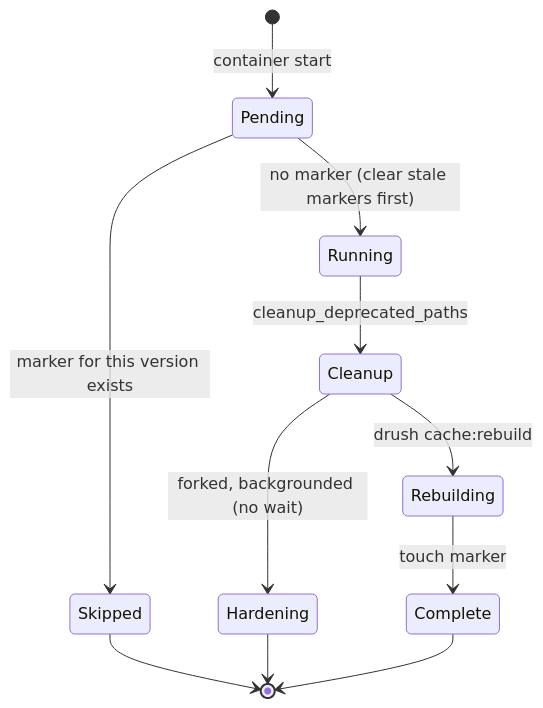
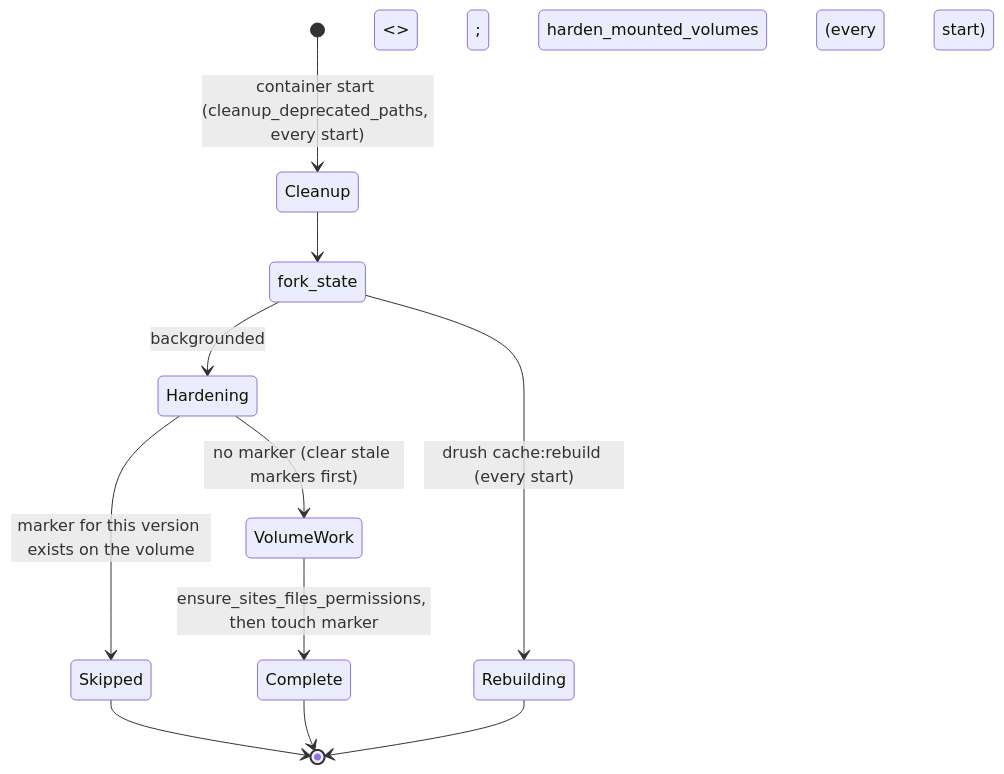
One commit to scbd/drupal-docker-wrapper changed the ninth of 9 diagrams in docs/architectural-plan.md. Above: the diagram before and after it, drawn with Mermaid. The commit also changed other lines of this file and 9 other files, not shown here.

````diff
--- a/docs/architectural-plan.md
+++ b/docs/architectural-plan.md
@@ -429,13 +430,13 @@
 ```mermaid
 stateDiagram-v2
-  [*] --> Pending: container start
-  Pending --> Skipped: marker for this version exists
-  Pending --> Running: no marker (clear stale markers first)
-  Running --> Cleanup: cleanup_deprecated_paths
-  Cleanup --> Hardening: forked, backgrounded (no wait)
-  Cleanup --> Rebuilding: drush cache:rebuild
-  Rebuilding --> Complete: touch marker
-  Hardening --> [*]
+  [*] --> Cleanup: container start (cleanup_deprecated_paths, every start)
+  Cleanup --> fork_state <<fork>>
+  fork_state --> Hardening: backgrounded; harden_mounted_volumes (every start)
+  fork_state --> Rebuilding: drush cache:rebuild (every start)
+  Hardening --> Skipped: marker for this version exists on the volume
+  Hardening --> VolumeWork: no marker (clear stale markers first)
+  VolumeWork --> Complete: ensure_sites_files_permissions, then touch marker
   Skipped --> [*]
   Complete --> [*]
+  Rebuilding --> [*]
 ```
````
